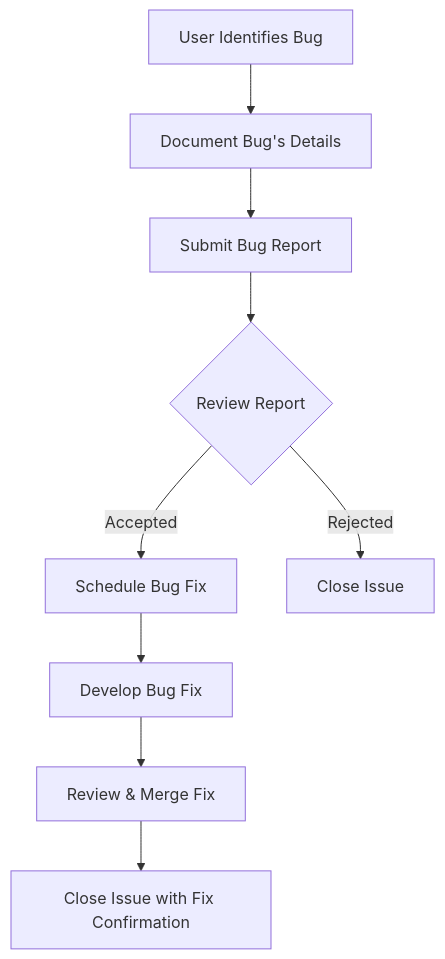
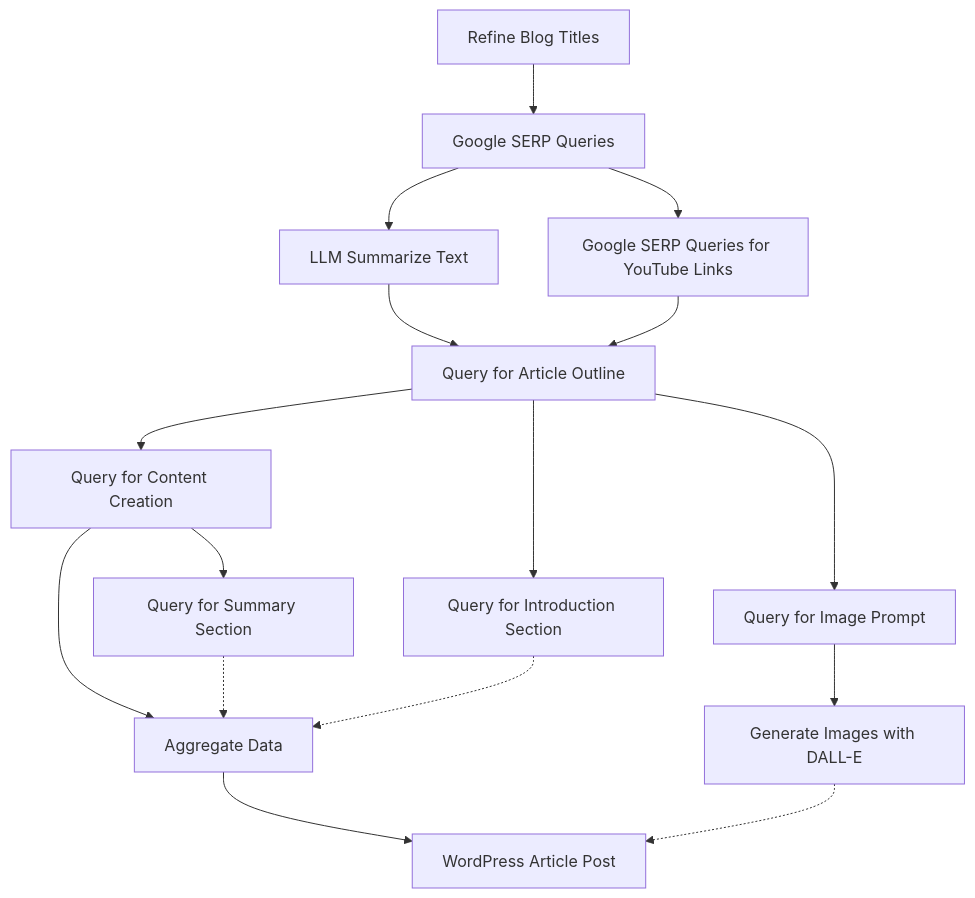
The diagram in README.md (bhw123proxy/123proxy_co_blog), drawn with Mermaid before and after one commit.

````diff
--- a/README.md
+++ b/README.md
@@ -15,11 +15,19 @@
 ```mermaid
 graph TD;
-    A[User Identifies Bug] --> B[Document Bug's Details];
-    B --> C[Submit Bug Report];
-    C --> D{Review Report};
-    D -->|Accepted| E[Schedule Bug Fix];
-    D -->|Rejected| F[Close Issue];
-    E --> G[Develop Bug Fix];
-    G --> H[Review & Merge Fix];
-    H --> I[Close Issue with Fix Confirmation];
+    A[Refine Blog Titles] --> B[Google SERP Queries];
+    B --> C[LLM Summarize Text];
+    C --> D[Query for Article Outline];
+    D --> E[Query for Content Creation];
+    E --> F[Aggregate Data];
+    F --> G[WordPress Article Post];
+    D --> H[Query for Introduction Section];
+    E --> I[Query for Summary Section];
+    B --> J[Google SERP Queries for YouTube Links];
+    D --> K[Query for Image Prompt];
+    K --> L[Generate Images with DALL-E];
+    J --> D;
+    L -.-> G;
+    H -.-> F;
+    I -.-> F;
+
 ```
````
